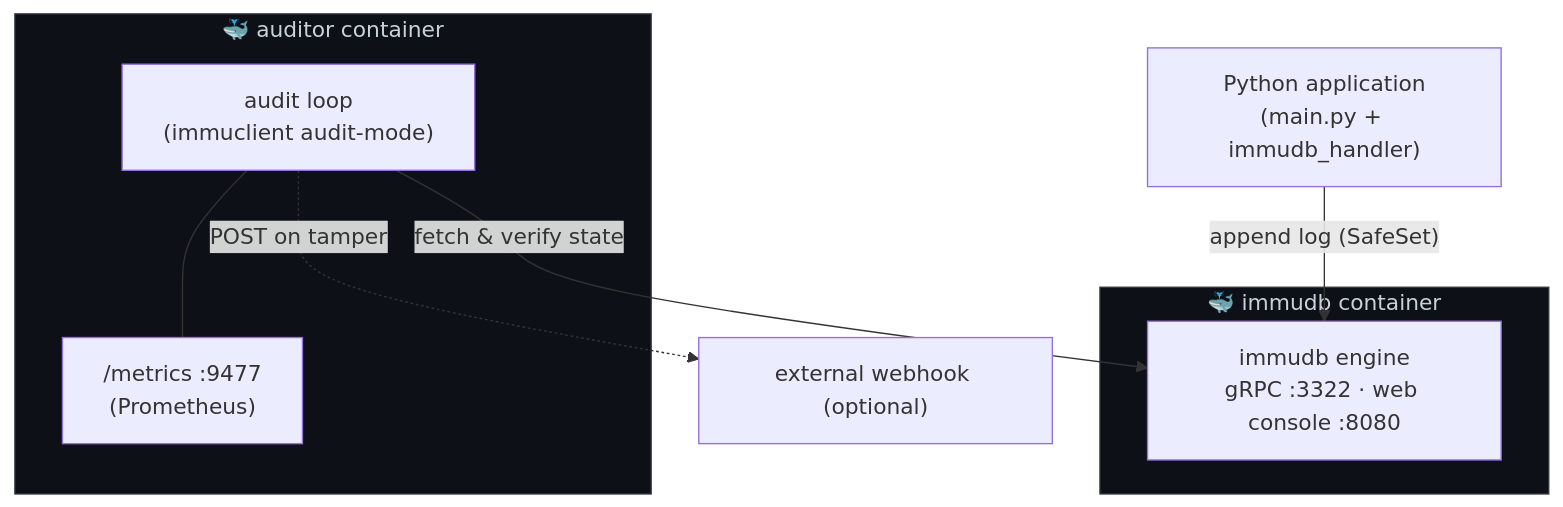
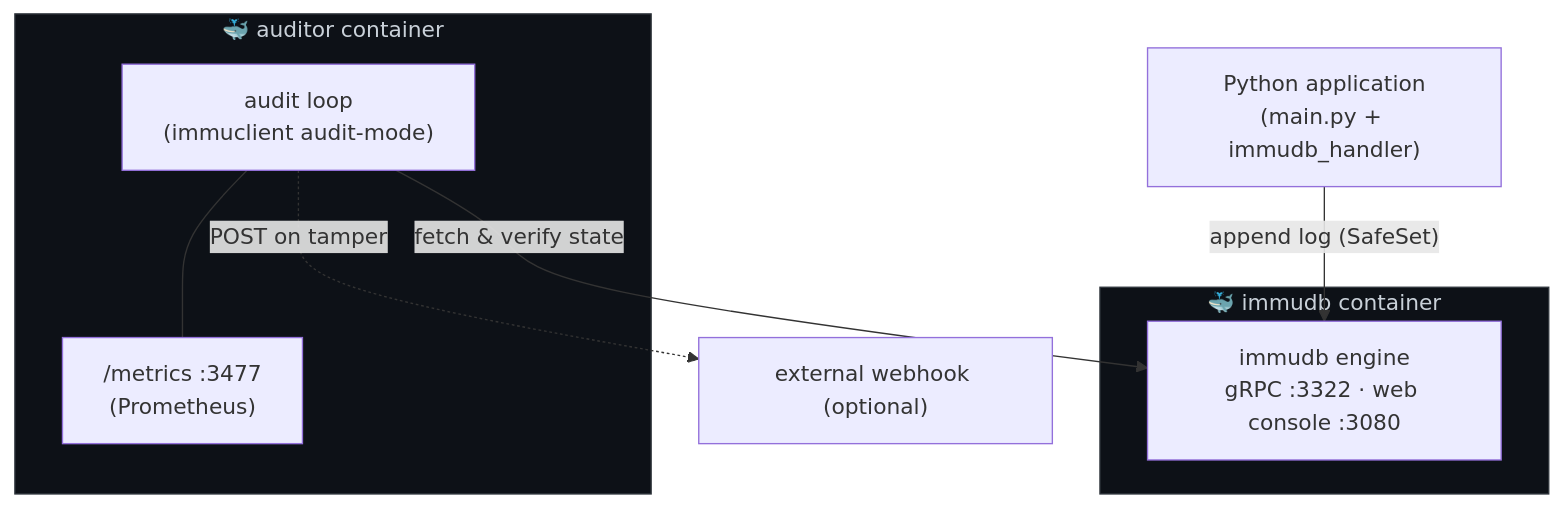
One commit to rytisss/immutable-logging changed the diagram in README.md. Above: the diagram before and after it, drawn with Mermaid. The commit also changed other lines of this file and 1 other file, not shown here.

First line of the commit message:
Restructure README around standalone vs immudb modes; remap ports to 3000-3999

````diff
--- a/README.md
+++ b/README.md
@@ -220,23 +208,23 @@
 ```mermaid
 flowchart TB
     App["Python application<br/>(main.py + immudb_handler)"]
 
     subgraph immudbBox["🐳 immudb container"]
-        DB["immudb engine<br/>gRPC :3322 · web console :8080"]
+        DB["immudb engine<br/>gRPC :3322 · web console :3080"]
     end
 
     subgraph auditorBox["🐳 auditor container"]
         Aud["audit loop<br/>(immuclient audit-mode)"]
-        Met["/metrics :9477<br/>(Prometheus)"]
+        Met["/metrics :3477<br/>(Prometheus)"]
     end
 
     Hook["external webhook (optional)"]
 
     App -- "append log (SafeSet)" --> DB
     Aud -- "fetch &amp; verify state" --> DB
     Aud --- Met
     Aud -. "POST on tamper" .-> Hook
 
     classDef container fill:#0d1117,stroke:#30363d,color:#c9d1d9
     class immudbBox,auditorBox container
 ```
````
